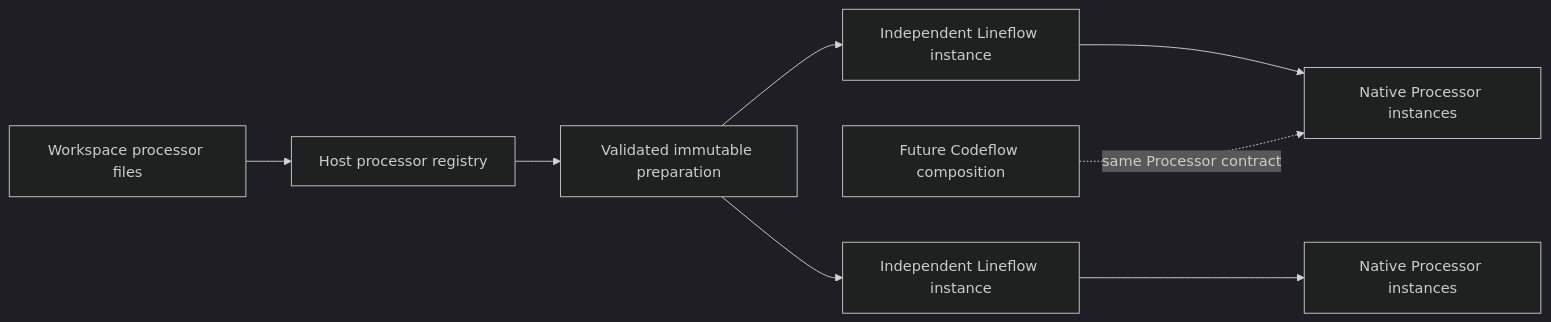
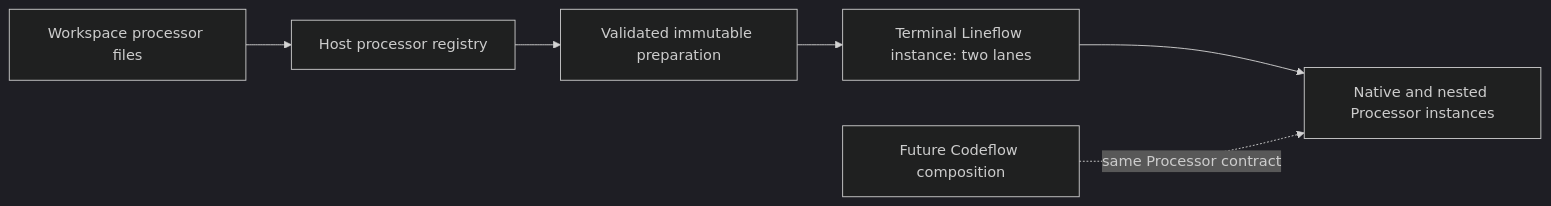
The first of 5 diagrams in docs/processing-core.md (Octaviarius/TermMaster), drawn with Mermaid (dark theme) before and after one commit. The commit also changed other lines of this file and 9 other files, not shown here.

````diff
--- a/docs/processing-core.md
+++ b/docs/processing-core.md
@@ -20,10 +20,8 @@
 ```mermaid
 flowchart LR
     W[Workspace processor files] --> R[Host processor registry]
     R --> P[Validated immutable preparation]
-    P --> RX[Independent Lineflow instance]
-    P --> TX[Independent Lineflow instance]
-    RX --> N[Native Processor instances]
-    TX --> M[Native Processor instances]
+    P --> Root[Terminal Lineflow instance: two lanes]
+    Root --> N[Native and nested Processor instances]
     F[Future Codeflow composition] -. same Processor contract .-> N
 ```
````
